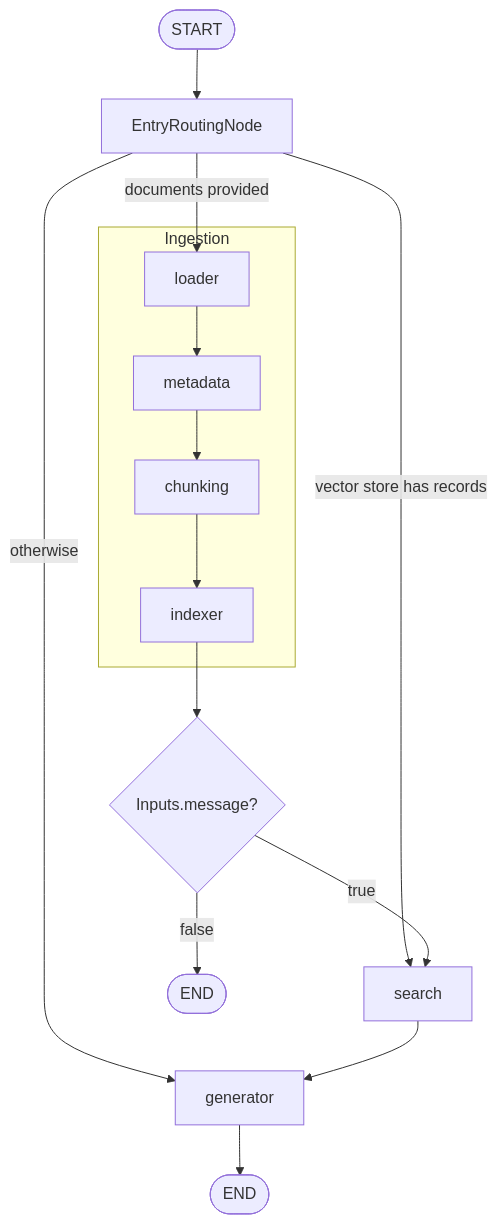
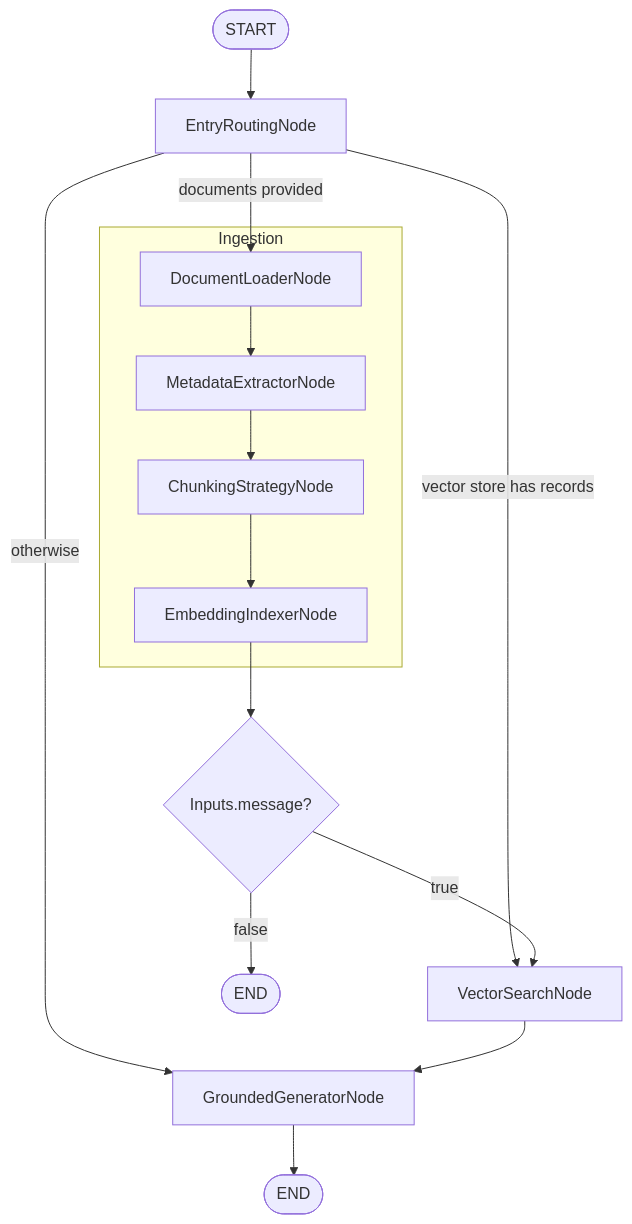
One commit to ShaojieJiang/orcheo changed the first of 5 diagrams in docs/conversational_search/demo_design.md. Above: the diagram before and after it, drawn with Mermaid. The commit also changed 1 other file, not shown here.

Commit message:
Improve flowchart documentation

````diff
--- a/docs/conversational_search/demo_design.md
+++ b/docs/conversational_search/demo_design.md
@@ -35,17 +35,17 @@
 ```mermaid
 flowchart TD
     start([START]) --> entry[EntryRoutingNode]
-    entry -->|documents provided| loader
-    entry -->|vector store has records| search
-    entry -->|otherwise| generator
+    entry -->|documents provided| loader[DocumentLoaderNode]
+    entry -->|vector store has records| search[VectorSearchNode]
+    entry -->|otherwise| generator[GroundedGeneratorNode]
 
     subgraph Ingestion
-        loader --> metadata --> chunking --> indexer
+        loader --> metadata[MetadataExtractorNode] --> chunking[ChunkingStrategyNode] --> indexer[EmbeddingIndexerNode]
     end
 
     indexer --> post{Inputs.message?}
     post -->|true| search
     post -->|false| end1([END])
 
     search --> generator --> end2([END])
 ```
````
